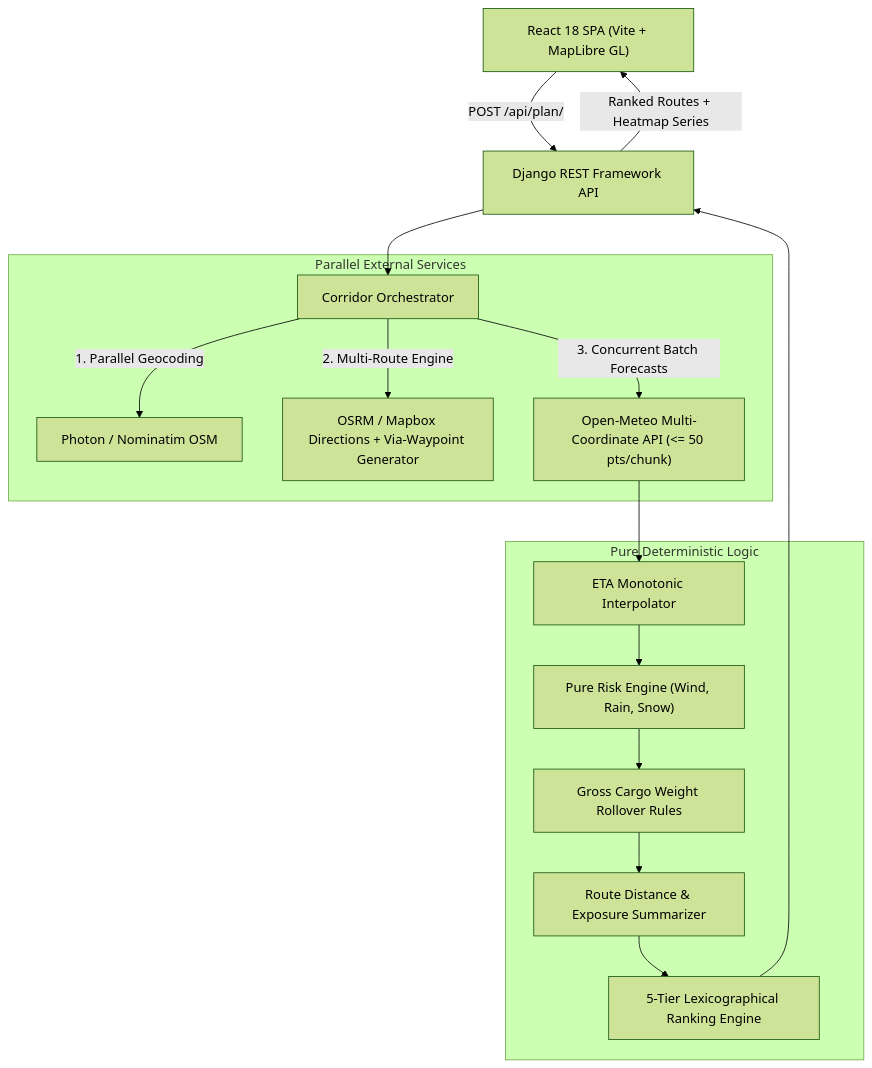
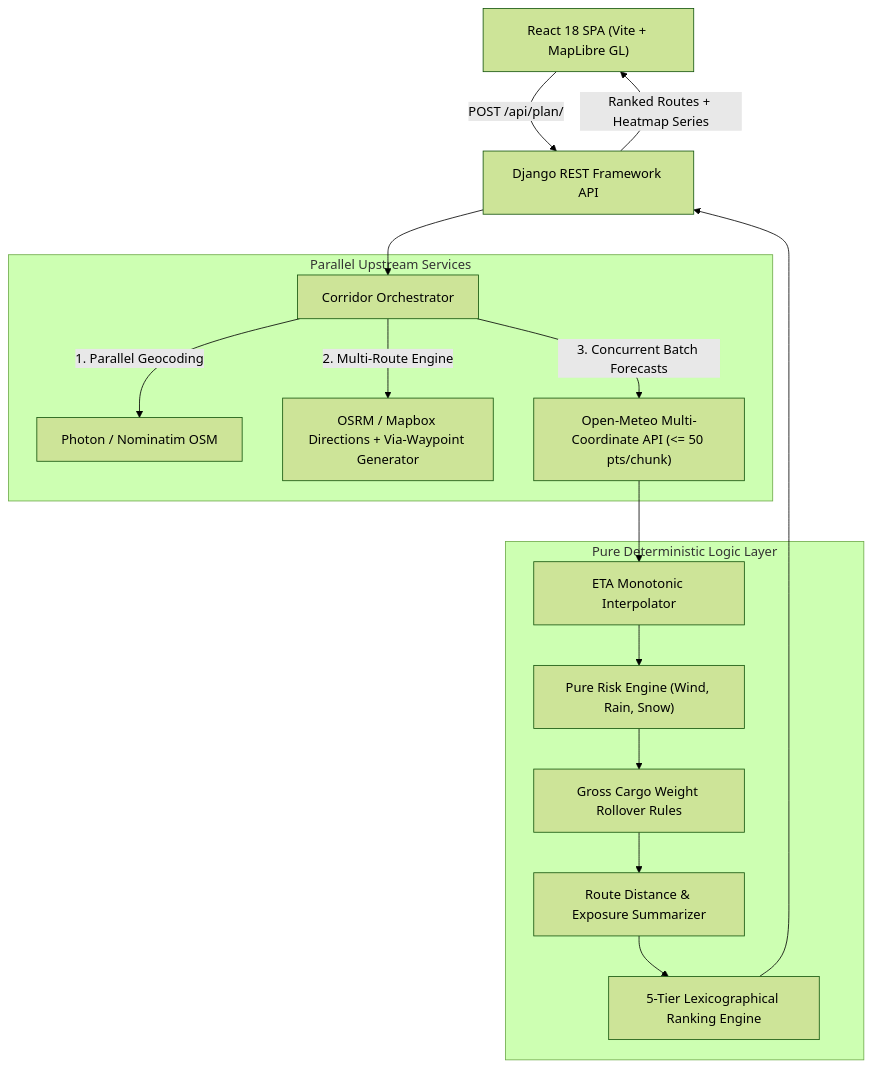
Before and after one commit to aftab707/WATR-Spotter-asmt: the diagram in README.md, drawn with Mermaid (forest theme). The commit also changed other lines of this file and 5 other files, not shown here.

````diff
--- a/README.md
+++ b/README.md
@@ -31,22 +31,22 @@
 ```mermaid
 flowchart TD
     Client["React 18 SPA (Vite + MapLibre GL)"] -->|POST /api/plan/| API["Django REST Framework API"]
     API --> Orch["Corridor Orchestrator"]
     
-    subgraph Parallel External Services
+    subgraph Parallel Upstream Services
         Orch -->|1. Parallel Geocoding| Geocode["Photon / Nominatim OSM"]
         Orch -->|2. Multi-Route Engine| Routing["OSRM / Mapbox Directions + Via-Waypoint Generator"]
         Orch -->|3. Concurrent Batch Forecasts| Weather["Open-Meteo Multi-Coordinate API (<= 50 pts/chunk)"]
     end
     
-    subgraph Pure Deterministic Logic
+    subgraph Pure Deterministic Logic Layer
         Weather --> ETA["ETA Monotonic Interpolator"]
         ETA --> RiskEngine["Pure Risk Engine (Wind, Rain, Snow)"]
         RiskEngine --> LoadRules["Gross Cargo Weight Rollover Rules"]
         LoadRules --> SummaryEngine["Route Distance & Exposure Summarizer"]
         SummaryEngine --> Recommender["5-Tier Lexicographical Ranking Engine"]
     end
     
     Recommender --> API
     API -->|Ranked Routes + Heatmap Series| Client
 ```
````
